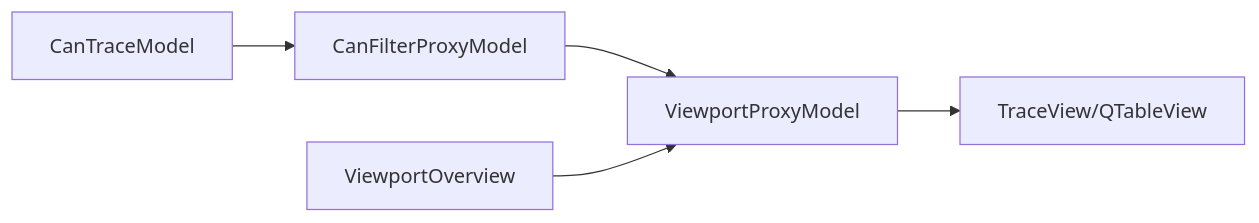
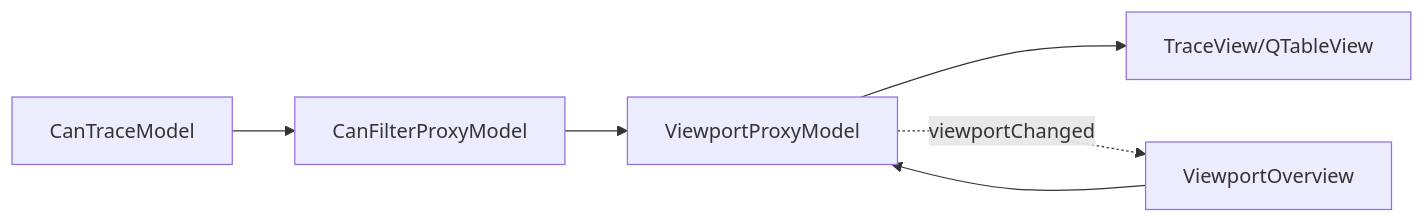
Before and after one commit to jakecai1225-design/OpenBus: the sixth of 6 diagrams in .qoder/repowiki/zh/content/核心模块详解/视口代理模型.md, drawn with Mermaid. The commit also changed other lines of this file and 27 other files, not shown here.

````diff
--- a/.qoder/repowiki/zh/content/核心模块详解/视口代理模型.md
+++ b/.qoder/repowiki/zh/content/核心模块详解/视口代理模型.md
@@ -203,7 +252,8 @@
 ```mermaid
 graph LR
 TM["CanTraceModel"] --> FP["CanFilterProxyModel"]
 FP --> VP["ViewportProxyModel"]
 VP --> TV["TraceView/QTableView"]
 VO["ViewportOverview"] --> VP
+VP -.->|viewportChanged| VO
 ```
````
